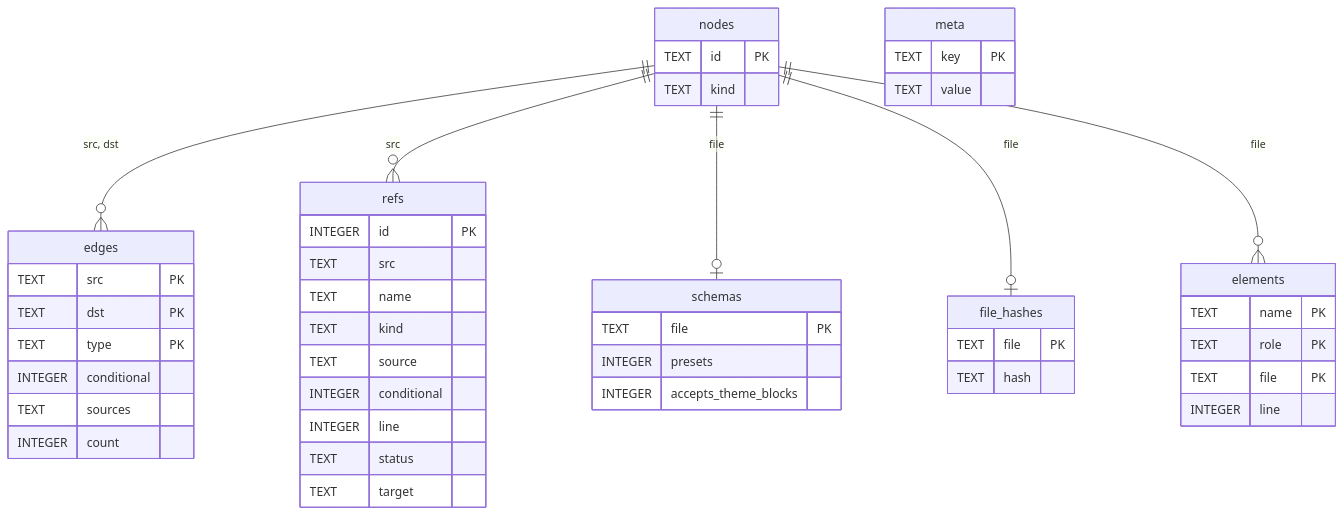
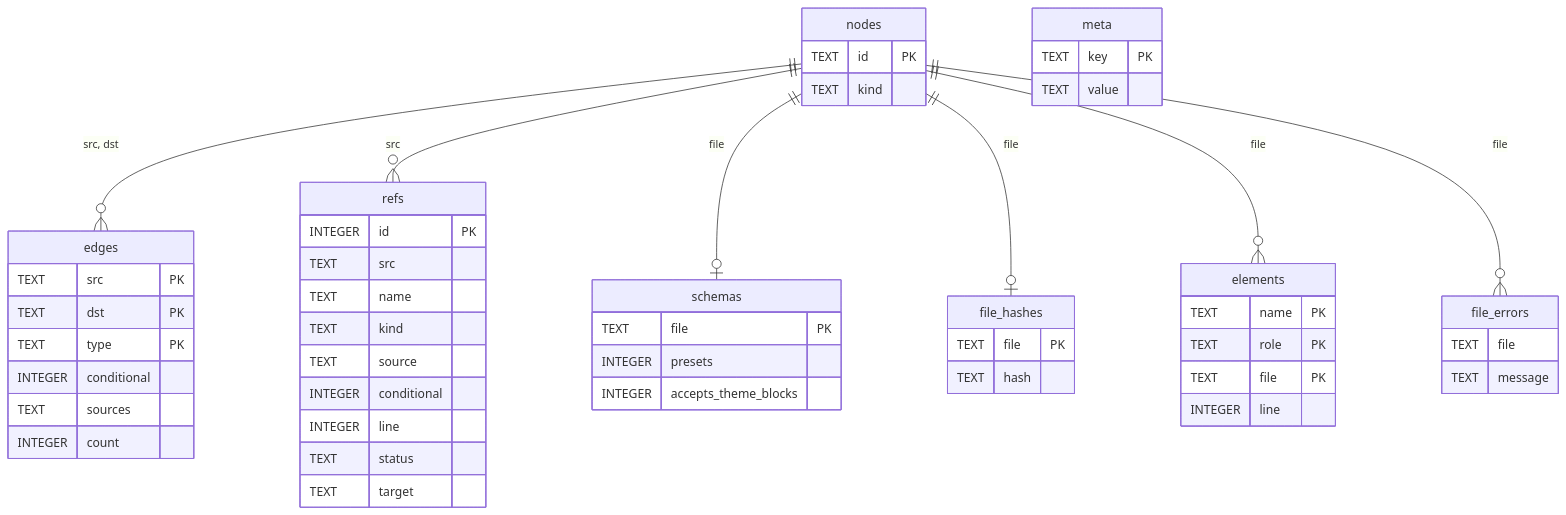
Before and after one commit to nndh2k4/themegraph: the second of 2 diagrams in README.md, drawn with Mermaid. The commit also changed other lines of this file, not shown here.

````diff
--- a/README.md
+++ b/README.md
@@ -209,50 +216,55 @@
 ```mermaid
 erDiagram
     nodes ||--o{ edges : "src, dst"
     nodes ||--o{ refs : "src"
     nodes ||--o| schemas : "file"
     nodes ||--o| file_hashes : "file"
     nodes ||--o{ elements : "file"
+    nodes ||--o{ file_errors : "file"
     nodes {
         TEXT id PK
         TEXT kind
     }
     edges {
         TEXT src PK
         TEXT dst PK
         TEXT type PK
         INTEGER conditional
         TEXT sources
         INTEGER count
     }
     refs {
         INTEGER id PK
         TEXT src
         TEXT name
         TEXT kind
         TEXT source
         INTEGER conditional
         INTEGER line
         TEXT status
         TEXT target
     }
     schemas {
         TEXT file PK
         INTEGER presets
         INTEGER accepts_theme_blocks
     }
     file_hashes {
         TEXT file PK
         TEXT hash
     }
     elements {
         TEXT name PK
         TEXT role PK
         TEXT file PK
         INTEGER line
     }
+    file_errors {
+        TEXT file
+        TEXT message
+    }
     meta {
         TEXT key PK
         TEXT value
     }
 ```
````
